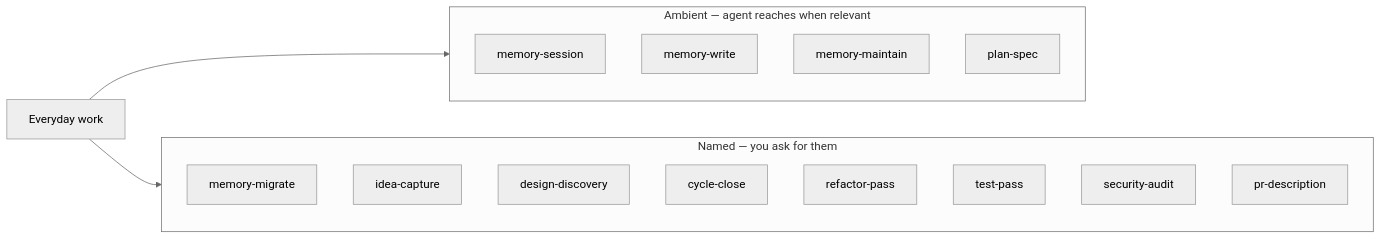
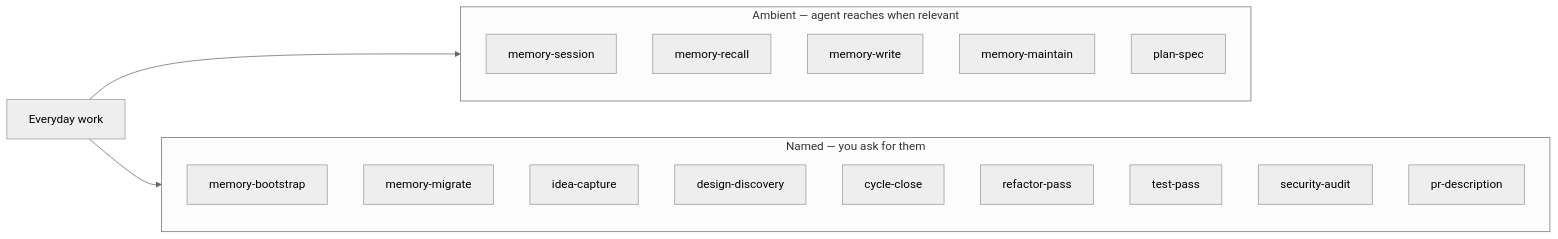
One commit to Leonardo1695/xac changed the third of 3 diagrams in README.md. Above: the diagram before and after it, drawn with Mermaid (neutral theme). The commit also changed other lines of this file and 76 other files, not shown here.

````diff
--- a/README.md
+++ b/README.md
@@ -162,23 +149,25 @@
 ```mermaid
 flowchart LR
   subgraph ambient ["Ambient — agent reaches when relevant"]
     MS[memory-session]
+    MR[memory-recall]
     MW[memory-write]
     MM[memory-maintain]
     PS[plan-spec]
   end
 
   subgraph named ["Named — you ask for them"]
+    MB[memory-bootstrap]
     MIG[memory-migrate]
     ID[idea-capture]
     DD[design-discovery]
     CC[cycle-close]
     RF[refactor-pass]
     TP[test-pass]
     SA[security-audit]
     PR[pr-description]
   end
 
   Work[Everyday work] --> ambient
   Work --> named
 ```
````
